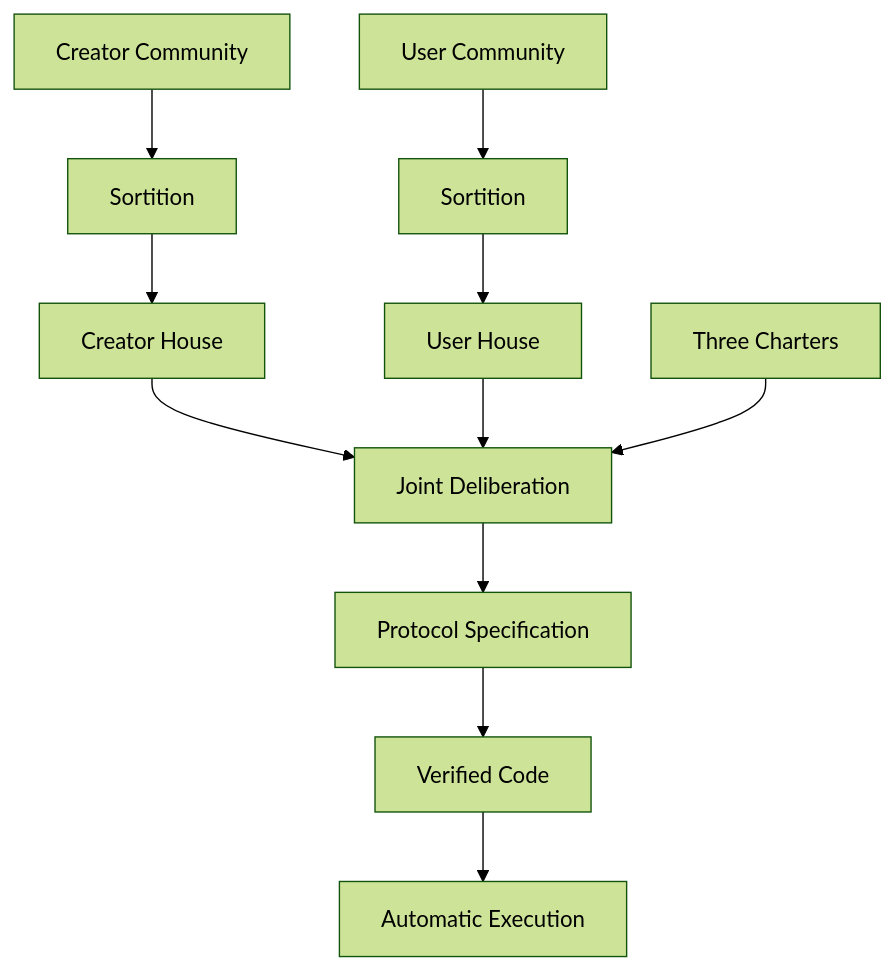
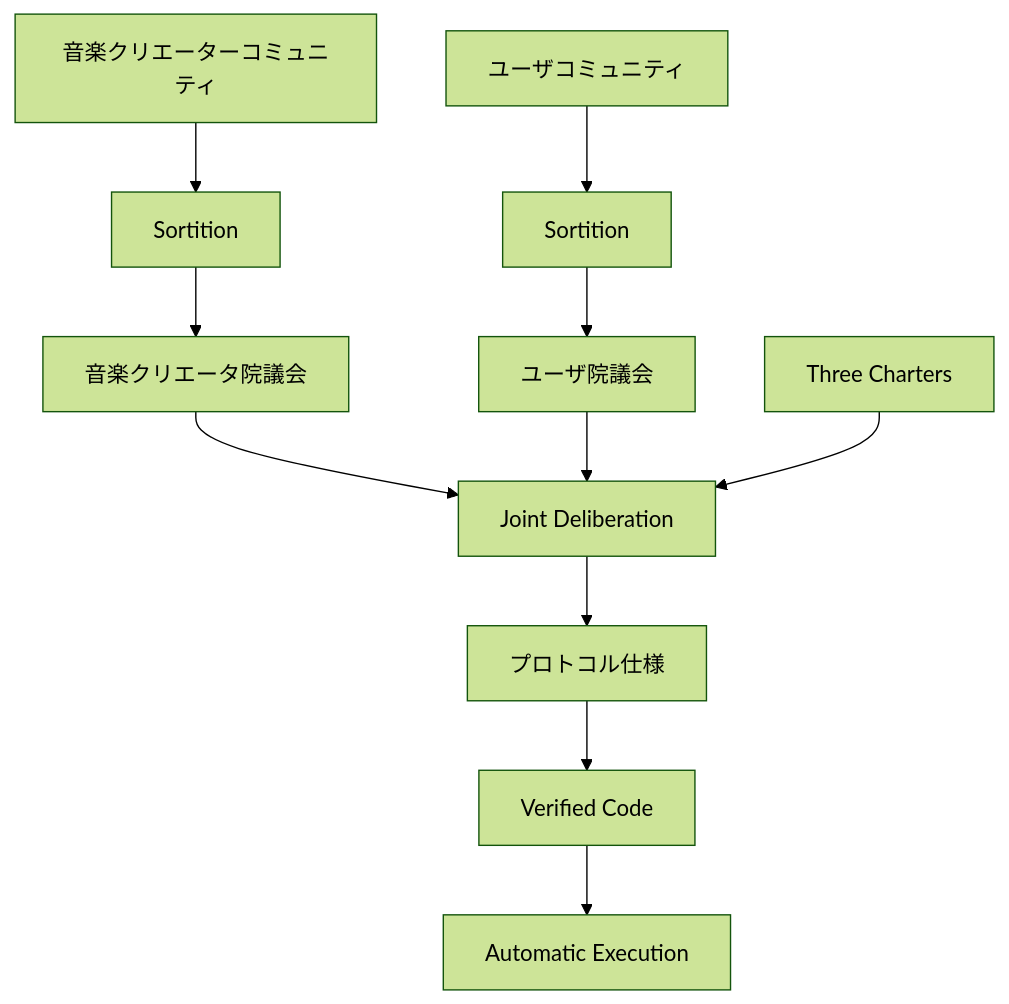
Before and after one commit to ShigeichiroYamasaki/creator-first-platform: diagram 22 of 47 in docs/whitepaper/13-roadmap.md, drawn with Mermaid (forest theme). The commit also changed other lines of this file and 67 other files, not shown here.

````diff
--- a/docs/whitepaper/13-roadmap.md
+++ b/docs/whitepaper/13-roadmap.md
@@ -790,21 +790,21 @@
 ```mermaid
 flowchart TD
     CHARTER[Three Charters]
-    CREATOR[Creator Community]
-    USER[User Community]
+    CREATOR[音楽クリエーターコミュニティ]
+    USER[ユーザコミュニティ]
 
     CREATOR --> CSORT[Sortition]
     USER --> USORT[Sortition]
 
-    CSORT --> CH[Creator House]
-    USORT --> UH[User House]
+    CSORT --> CH[音楽クリエータ院議会]
+    USORT --> UH[ユーザ院議会]
 
     CH --> DELIB[Joint Deliberation]
     UH --> DELIB
 
     CHARTER --> DELIB
 
-    DELIB --> SPEC[Protocol Specification]
+    DELIB --> SPEC[プロトコル仕様]
     SPEC --> CODE[Verified Code]
     CODE --> EXEC[Automatic Execution]
 ```
````
